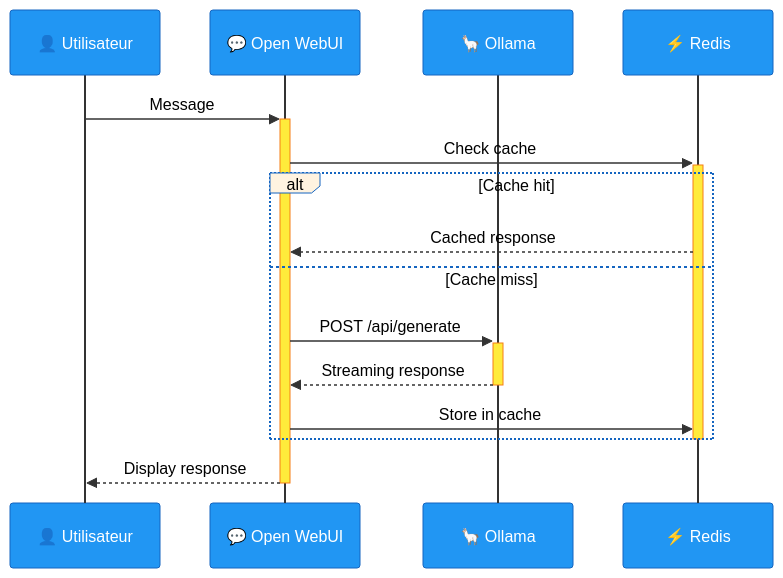
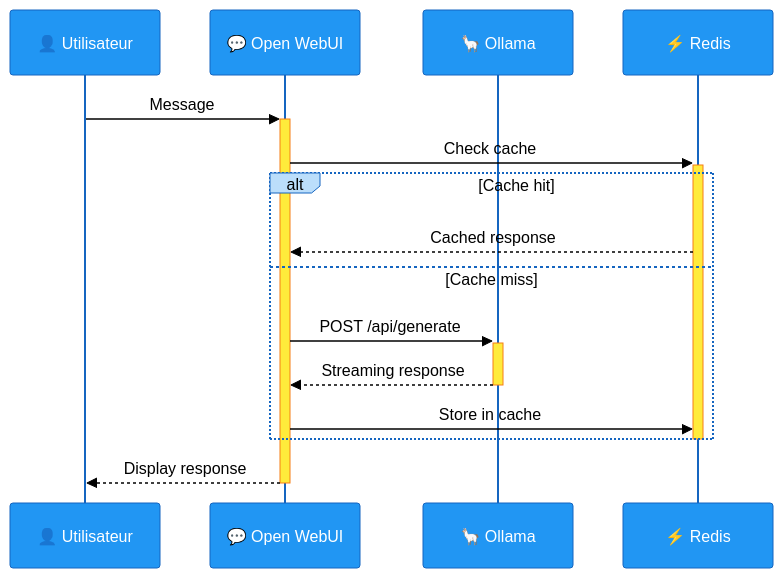
The third of 14 diagrams in docs/ARCHITECTURE.md (MPFabio/Stack-IA), drawn with Mermaid before and after one commit. The commit also changed other lines of this file, not shown here.

````diff
--- a/docs/ARCHITECTURE.md
+++ b/docs/ARCHITECTURE.md
@@ -183,20 +183,20 @@
 ```mermaid
-%%{init: {'theme':'base', 'themeVariables': {'background':'#ffffff','mainBkg':'#ffffff','actorBkg':'#2196F3','actorBorder':'#1565c0','actorTextColor':'#fff','actorLineColor':'#333','noteBkgColor':'#e8f5e9','noteTextColor':'#000','noteBorderColor':'#4caf50','signalColor':'#333','signalTextColor':'#000','labelBoxBkgColor':'#fff3e0','labelTextColor':'#000','loopTextColor':'#000','altBkgColor':'#f5f5f5','activationBkgColor':'#ffeb3b','activationBorderColor':'#f57f17','sequenceNumberColor':'#000'}}}%%
+%%{init: {'theme':'base', 'themeVariables': {'background':'#e3f2fd','mainBkg':'#e3f2fd','actorBkg':'#2196F3','actorBorder':'#1565c0','actorTextColor':'#fff','actorLineColor':'#1565c0','noteBkgColor':'#bbdefb','noteTextColor':'#000','noteBorderColor':'#1565c0','signalColor':'#000','signalTextColor':'#000','labelBoxBkgColor':'#bbdefb','labelTextColor':'#000','loopTextColor':'#000','altBkgColor':'#cfe9ff','activationBkgColor':'#ffeb3b','activationBorderColor':'#f57f17','sequenceNumberColor':'#fff'}}}%%
 sequenceDiagram
     participant U as 👤 Utilisateur
     participant W as 💬 Open WebUI
     participant O as 🦙 Ollama
     participant R as ⚡ Redis
     
     U->>+W: Message
     W->>+R: Check cache
     alt Cache hit
         R-->>W: Cached response
     else Cache miss
         W->>+O: POST /api/generate
         O-->>-W: Streaming response
         W->>R: Store in cache
     end
     deactivate R
     W-->>-U: Display response
 ```
````
